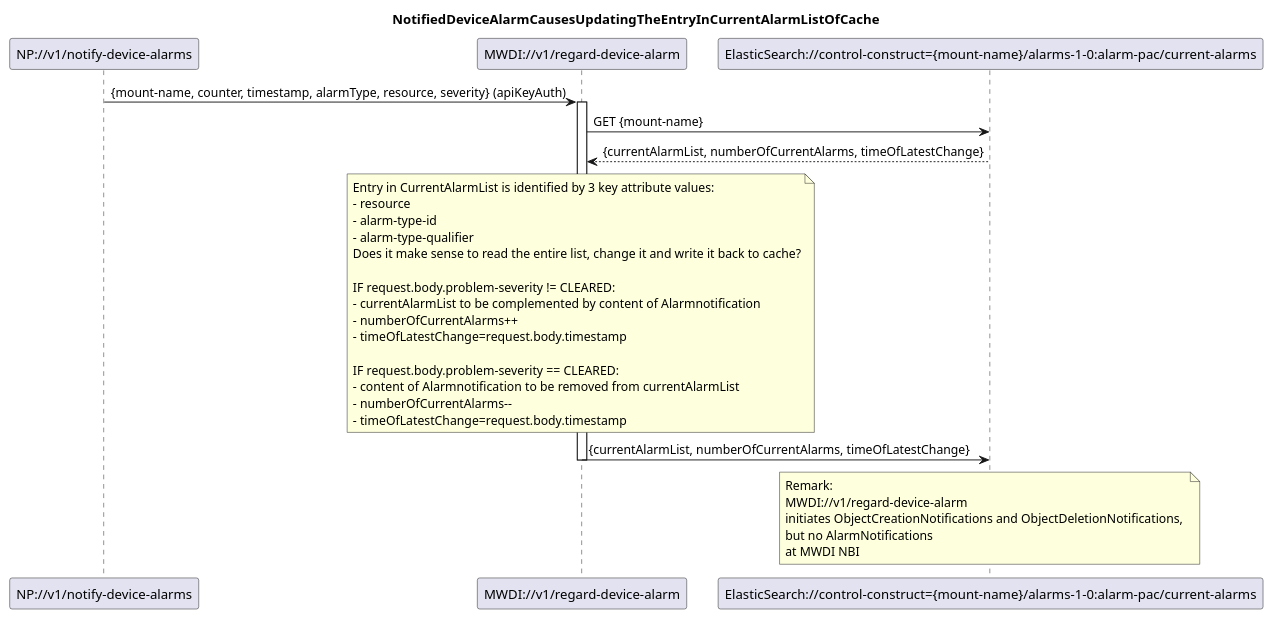
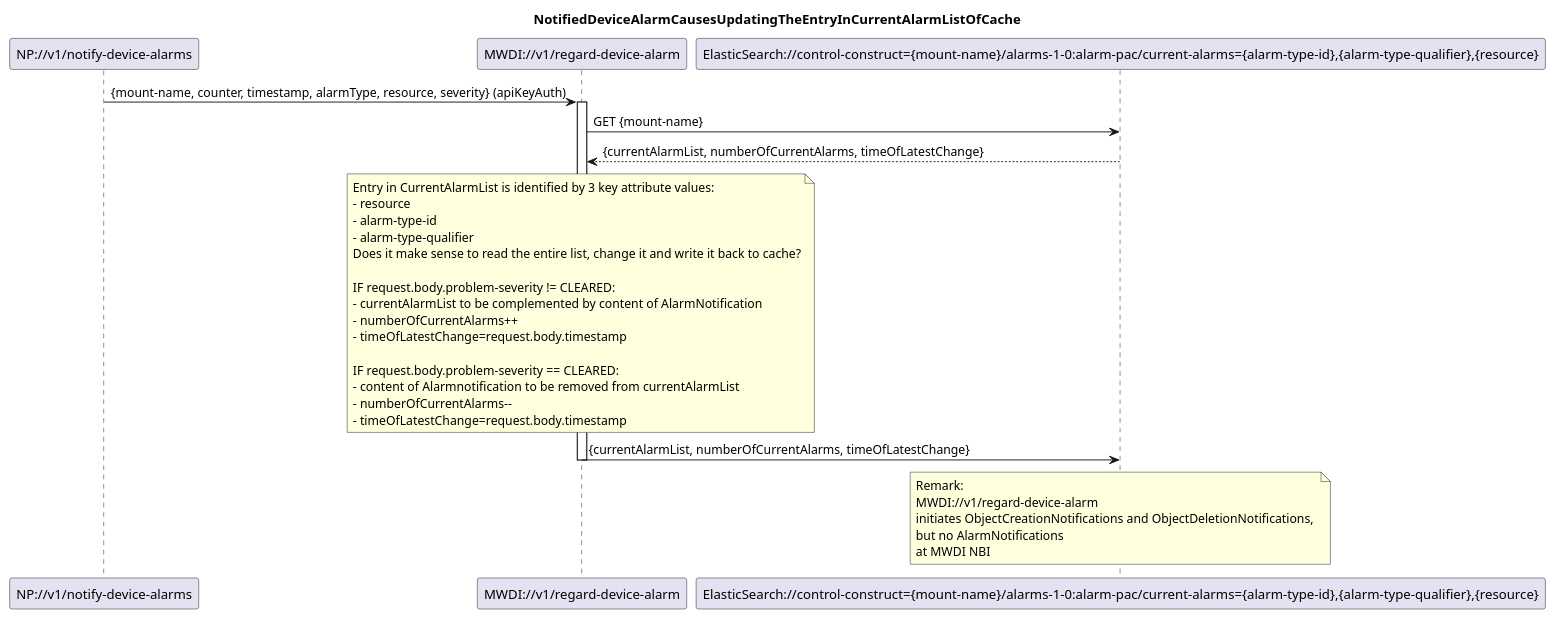
The diagram in spec/diagrams/022_NotificationBasedAlarmListUpdate.plantuml (openBackhaul/MicroWaveDeviceInventory), drawn with PlantUML before and after one commit.

Commit message:
Updated ES path in 022 diagram

```diff
--- a/spec/diagrams/022_NotificationBasedAlarmListUpdate.plantuml
+++ b/spec/diagrams/022_NotificationBasedAlarmListUpdate.plantuml
@@ -1,46 +1,46 @@
 @startuml 022_NotificationBasedAlarmListUpdate
 
 skinparam responseMessageBelowArrow true
 
 title NotifiedDeviceAlarmCausesUpdatingTheEntryInCurrentAlarmListOfCache
 
 participant "NP://v1/notify-device-alarms" as subscription
 participant "MWDI://v1/regard-device-alarm" as regardAlarm
-participant "ElasticSearch://control-construct={mount-name}/alarms-1-0:alarm-pac/current-alarms" as CurrentAlarms
+participant "ElasticSearch://control-construct={mount-name}/alarms-1-0:alarm-pac/current-alarms={alarm-type-id},{alarm-type-qualifier},{resource}" as CurrentAlarms
 
 subscription -> regardAlarm: {mount-name, counter, timestamp, alarmType, resource, severity} (apiKeyAuth)
 activate regardAlarm
 
 regardAlarm -> CurrentAlarms: GET {mount-name}
 CurrentAlarms --> regardAlarm: {currentAlarmList, numberOfCurrentAlarms, timeOfLatestChange}
 
 note over regardAlarm
 Entry in CurrentAlarmList is identified by 3 key attribute values:
 - resource
 - alarm-type-id
 - alarm-type-qualifier
 Does it make sense to read the entire list, change it and write it back to cache?
 
 IF request.body.problem-severity != CLEARED:
-- currentAlarmList to be complemented by content of Alarmnotification
+- currentAlarmList to be complemented by content of AlarmNotification
 - numberOfCurrentAlarms++
 - timeOfLatestChange=request.body.timestamp
 
 IF request.body.problem-severity == CLEARED:
 - content of Alarmnotification to be removed from currentAlarmList
 - numberOfCurrentAlarms--
 - timeOfLatestChange=request.body.timestamp
 end note
 
 regardAlarm -> CurrentAlarms: {currentAlarmList, numberOfCurrentAlarms, timeOfLatestChange}
 deactivate regardAlarm
 
 note over CurrentAlarms
 Remark: 
 MWDI://v1/regard-device-alarm 
 initiates ObjectCreationNotifications and ObjectDeletionNotifications, 
 but no AlarmNotifications 
 at MWDI NBI
 end note
 
 @enduml
```
